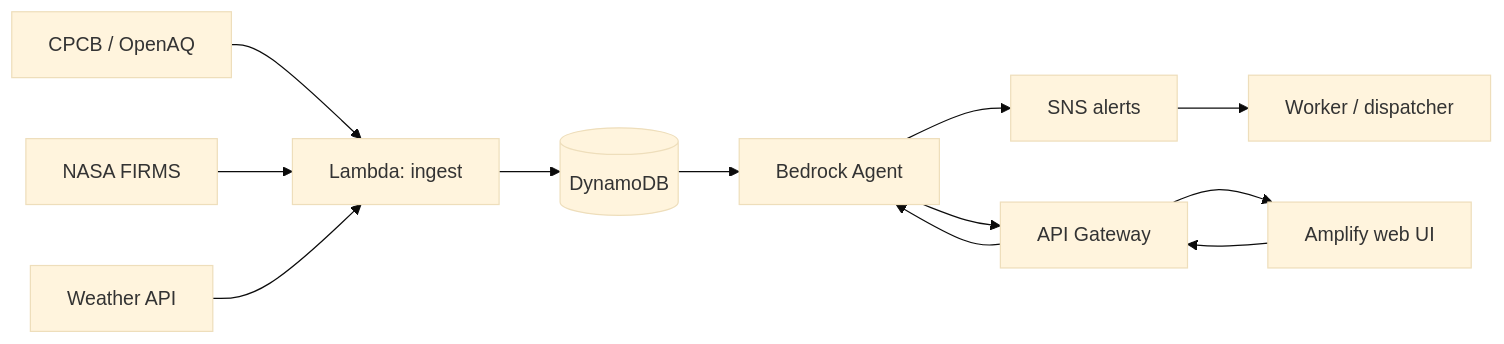
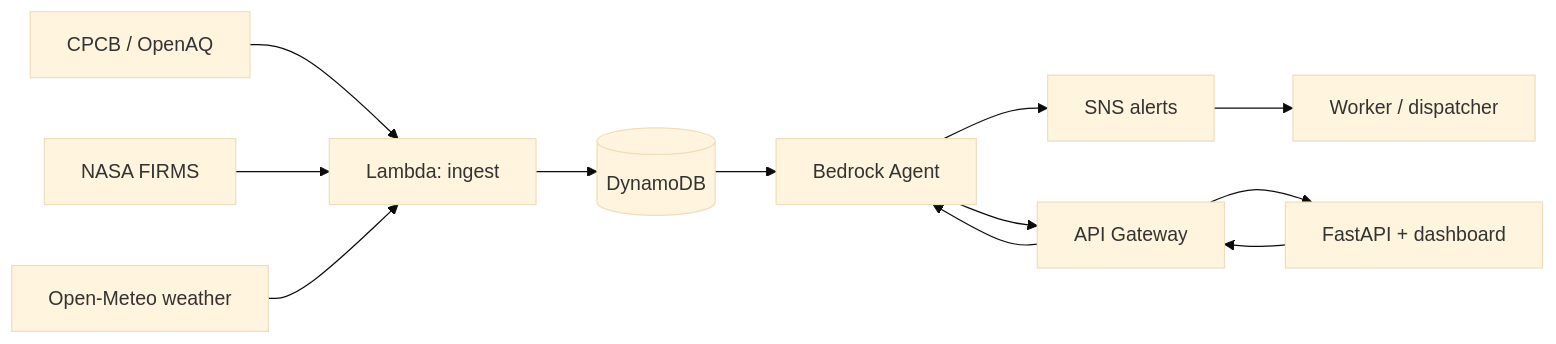
The diagram in README.md (deepanshu-meena/kavach), drawn with Mermaid (base theme) before and after one commit. The commit also changed other lines of this file, not shown here.

````diff
--- a/README.md
+++ b/README.md
@@ -31,11 +39,11 @@
 ```mermaid
 flowchart LR
     CPCB[CPCB / OpenAQ] --> L1[Lambda: ingest]
     FIRMS[NASA FIRMS] --> L1
-    WX[Weather API] --> L1
+    WX[Open-Meteo weather] --> L1
     L1 --> DB[(DynamoDB)]
     DB --> AGENT[Bedrock Agent]
-    UI[Amplify web UI] --> APIGW[API Gateway] --> AGENT
+    UI[FastAPI + dashboard] --> APIGW[API Gateway] --> AGENT
     AGENT --> SNS[SNS alerts] --> Worker[Worker / dispatcher]
     AGENT --> APIGW --> UI
 ```
````
